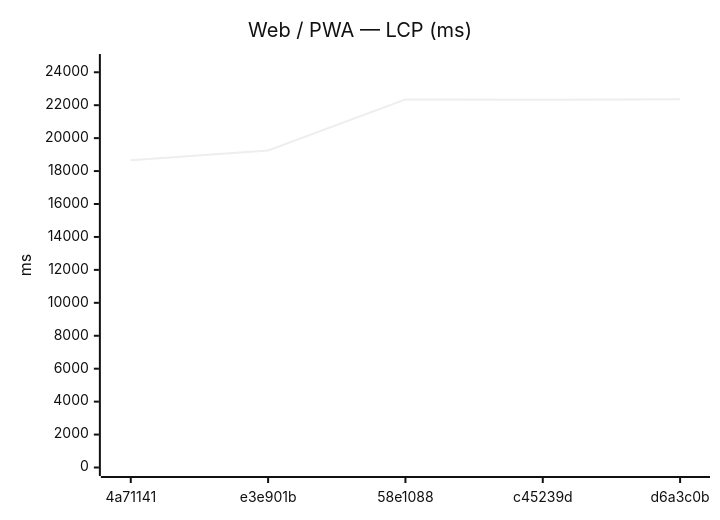
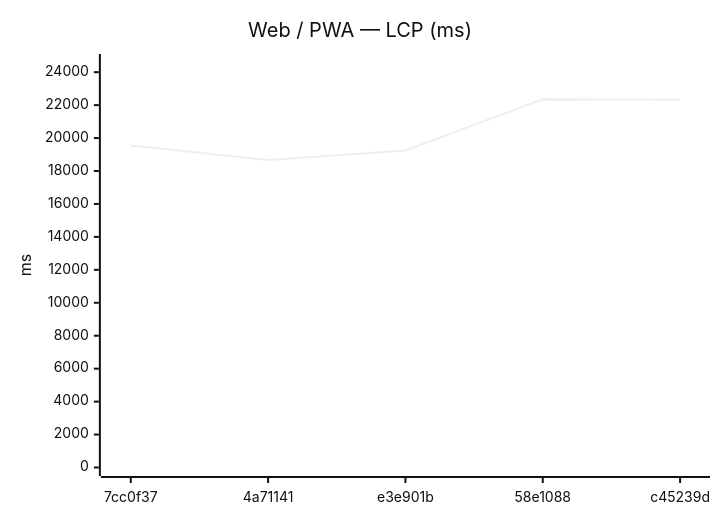
Before and after one commit to Metaheurist/Rianell: the seventh of 18 diagrams in benchmarks/compare.md, drawn with Mermaid (neutral theme). The commit also changed other lines of this file and 11 other files, not shown here.

````diff
--- a/benchmarks/compare.md
+++ b/benchmarks/compare.md
@@ -117,7 +117,7 @@
 ```mermaid
 xychart-beta
     title "Web / PWA — LCP (ms)"
-    x-axis ["4a71141", "e3e901b", "58e1088", "c45239d", "d6a3c0b"]
-    y-axis "ms" 0 --> 24593
-    line [18663, 19248, 22351, 22326, 22357]
+    x-axis ["7cc0f37", "4a71141", "e3e901b", "58e1088", "c45239d"]
+    y-axis "ms" 0 --> 24587
+    line [19542, 18663, 19248, 22351, 22326]
 ```
````
